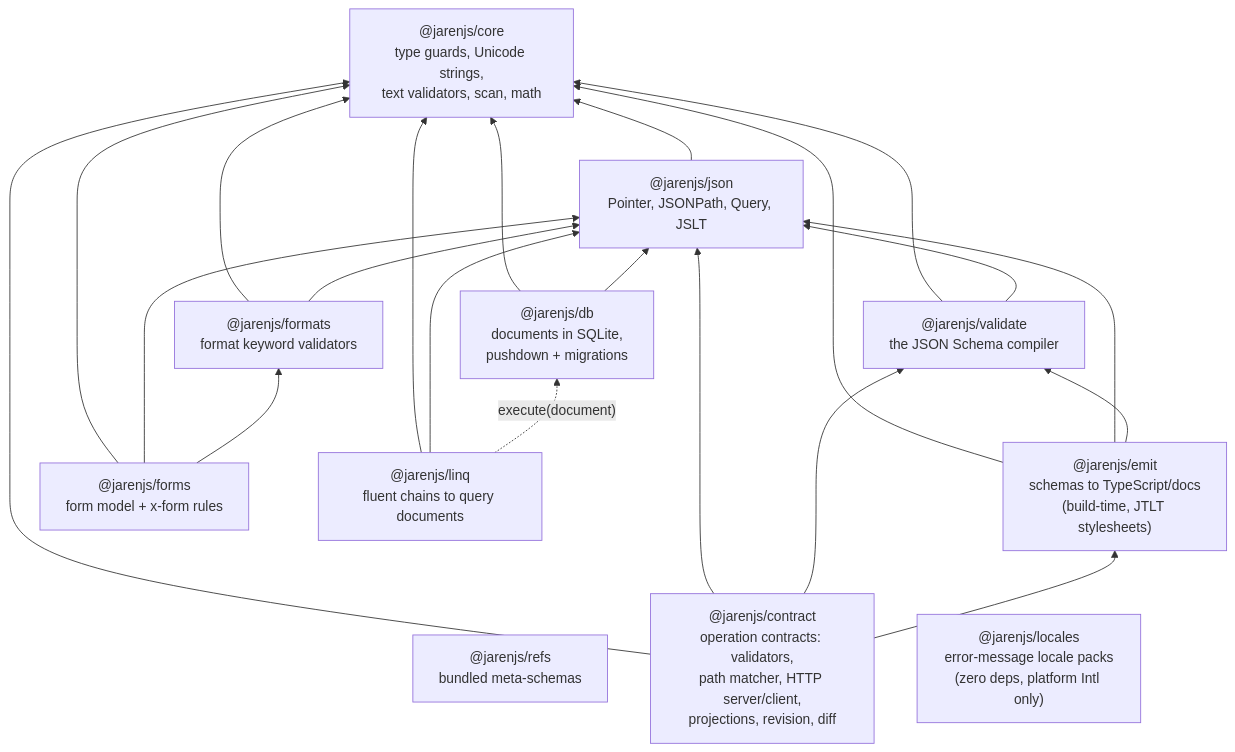
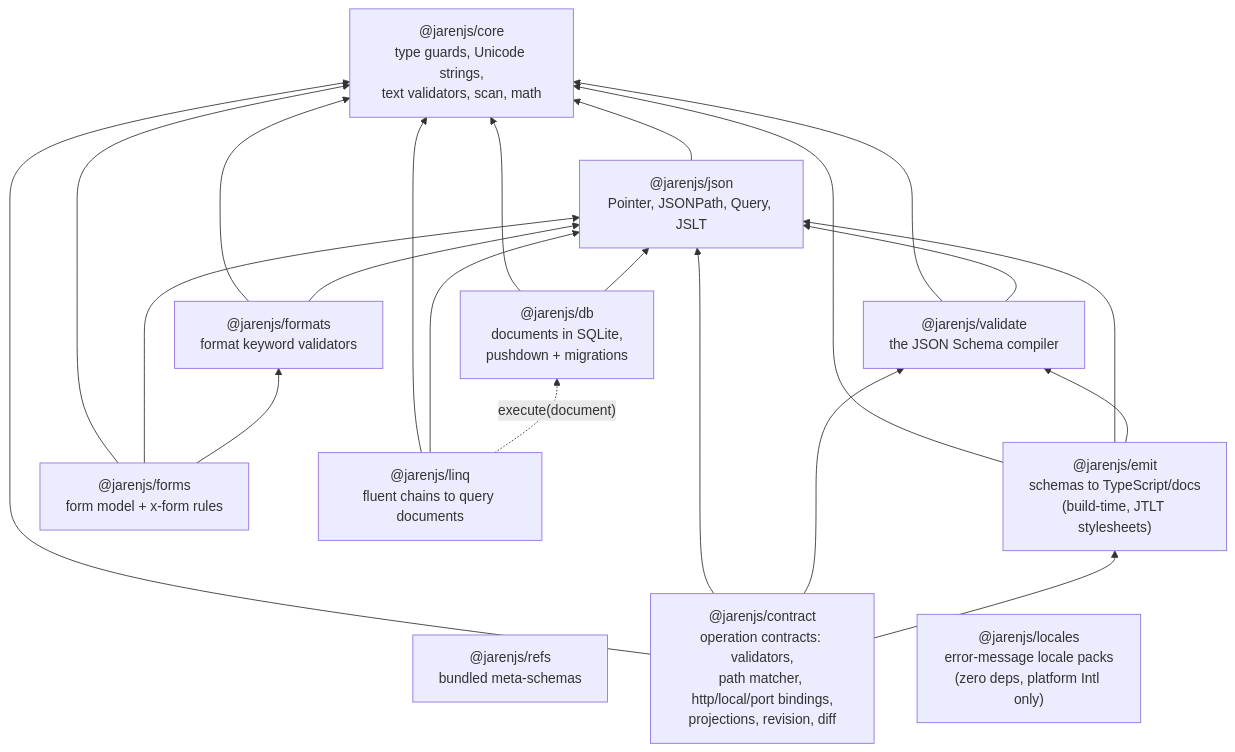
One commit to jklarenbeek/jarenjs changed the first of 2 diagrams in docs/ARCHITECTURE.md. Above: the diagram before and after it, drawn with Mermaid. The commit also changed other lines of this file and 56 other files, not shown here.

Commit message:
Added the local and port bindings to @jarenjs/contract and re-homed the website db-owner protocol on port

````diff
--- a/docs/ARCHITECTURE.md
+++ b/docs/ARCHITECTURE.md
@@ -40,35 +40,35 @@
 ```mermaid
 flowchart BT
     CORE["@jarenjs/core<br/>type guards, Unicode strings,<br/>text validators, scan, math"]
     JSON["@jarenjs/json<br/>Pointer, JSONPath, Query, JSLT"]
     VALIDATE["@jarenjs/validate<br/>the JSON Schema compiler"]
     FORMATS["@jarenjs/formats<br/>format keyword validators"]
     REFS["@jarenjs/refs<br/>bundled meta-schemas"]
     EMIT["@jarenjs/emit<br/>schemas to TypeScript/docs<br/>(build-time, JTLT stylesheets)"]
-    CONTRACT["@jarenjs/contract<br/>operation contracts: validators,<br/>path matcher, HTTP server/client,<br/>projections, revision, diff"]
+    CONTRACT["@jarenjs/contract<br/>operation contracts: validators,<br/>path matcher, http/local/port bindings,<br/>projections, revision, diff"]
     FORMS["@jarenjs/forms<br/>form model + x-form rules"]
     LOCALES["@jarenjs/locales<br/>error-message locale packs<br/>(zero deps, platform Intl only)"]
     LINQ["@jarenjs/linq<br/>fluent chains to query documents"]
     DB["@jarenjs/db<br/>documents in SQLite,<br/>pushdown + migrations"]
 
     JSON --> CORE
     VALIDATE --> CORE
     VALIDATE --> JSON
     FORMATS --> CORE
     FORMATS --> JSON
     EMIT --> CORE
     EMIT --> JSON
     EMIT --> VALIDATE
     CONTRACT --> CORE
     CONTRACT --> JSON
     CONTRACT --> VALIDATE
     CONTRACT --> EMIT
     FORMS --> CORE
     FORMS --> JSON
     FORMS --> FORMATS
     LINQ --> CORE
     LINQ --> JSON
     DB --> CORE
     DB --> JSON
     LINQ -. "execute(document)" .-> DB
 ```
````
